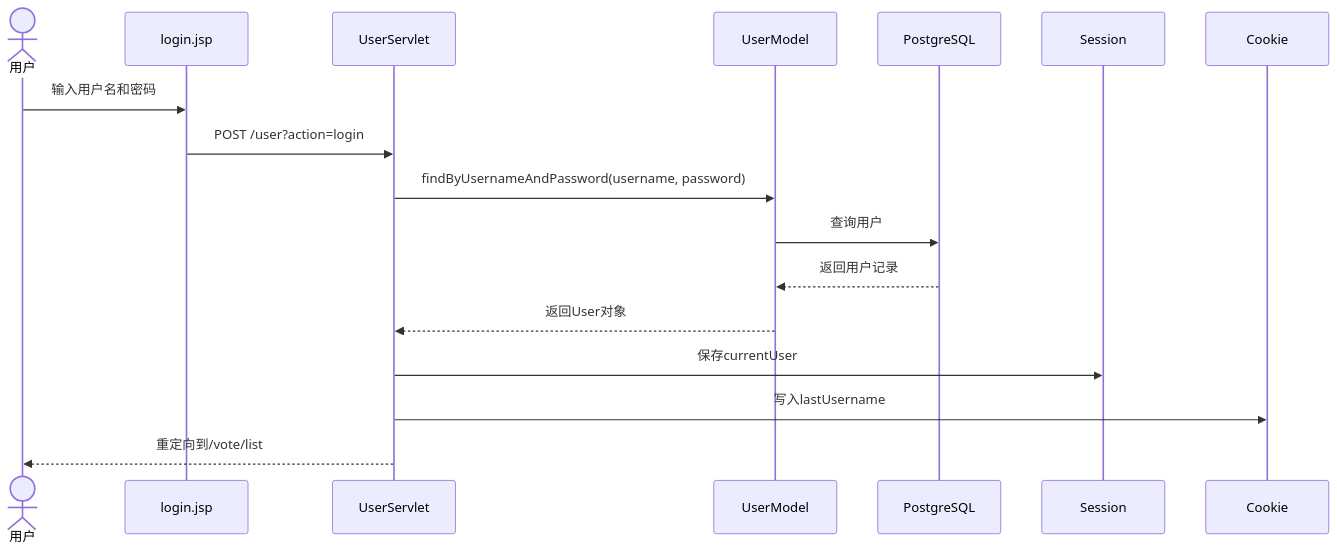
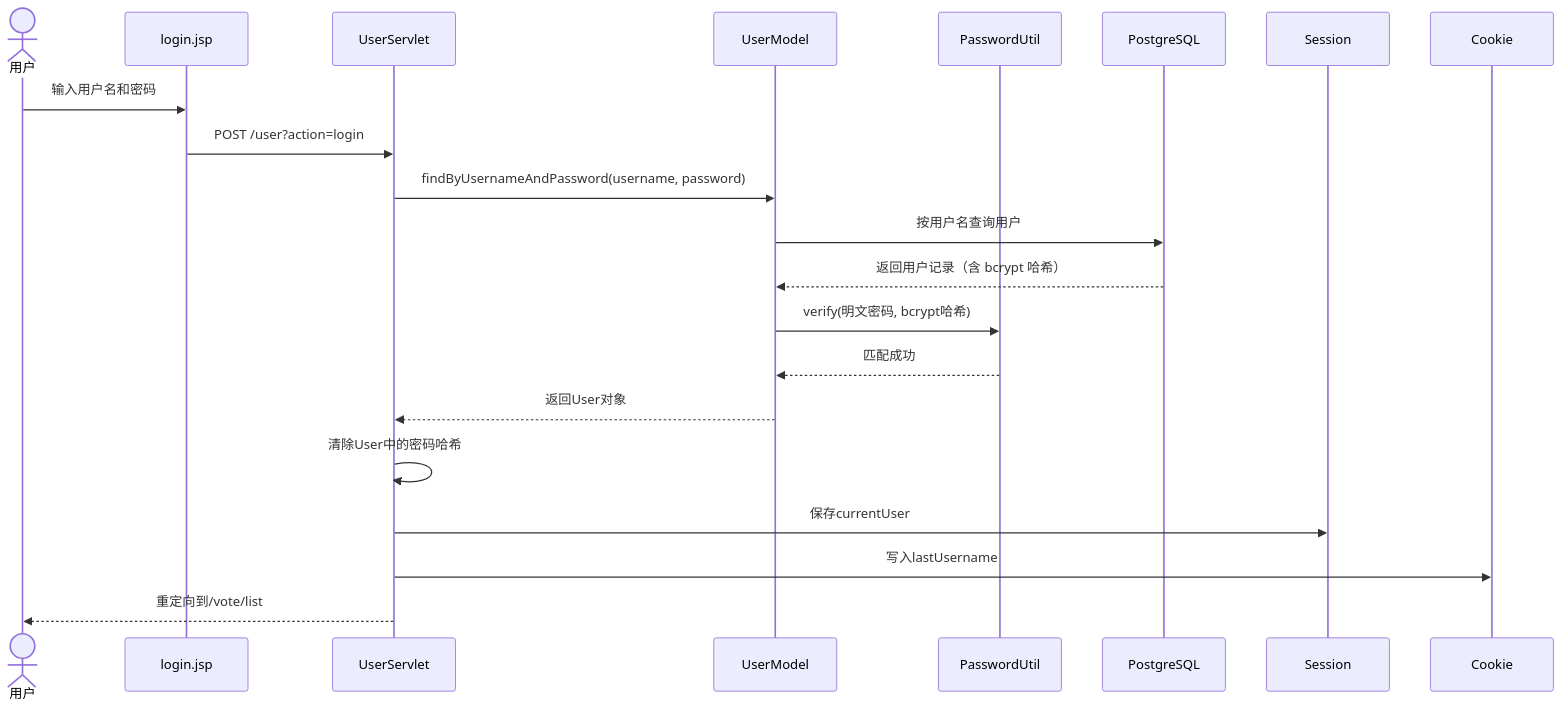
One commit to zeseren/javaCourseProj changed diagram 11 of 15 in docs/design-diagrams.md. Above: the diagram before and after it, drawn with Mermaid. The commit also changed other lines of this file and 11 other files, not shown here.

````diff
--- a/docs/design-diagrams.md
+++ b/docs/design-diagrams.md
@@ -388,20 +394,24 @@
 ```mermaid
 sequenceDiagram
     actor User as 用户
     participant JSP as login.jsp
     participant Servlet as UserServlet
     participant Model as UserModel
+    participant PwdUtil as PasswordUtil
     participant DB as PostgreSQL
     participant Session as Session
     participant Cookie as Cookie
 
     User->>JSP: 输入用户名和密码
     JSP->>Servlet: POST /user?action=login
     Servlet->>Model: findByUsernameAndPassword(username, password)
-    Model->>DB: 查询用户
-    DB-->>Model: 返回用户记录
+    Model->>DB: 按用户名查询用户
+    DB-->>Model: 返回用户记录（含 bcrypt 哈希）
+    Model->>PwdUtil: verify(明文密码, bcrypt哈希)
+    PwdUtil-->>Model: 匹配成功
     Model-->>Servlet: 返回User对象
+    Servlet->>Servlet: 清除User中的密码哈希
     Servlet->>Session: 保存currentUser
     Servlet->>Cookie: 写入lastUsername
     Servlet-->>User: 重定向到/vote/list
 ```
````
